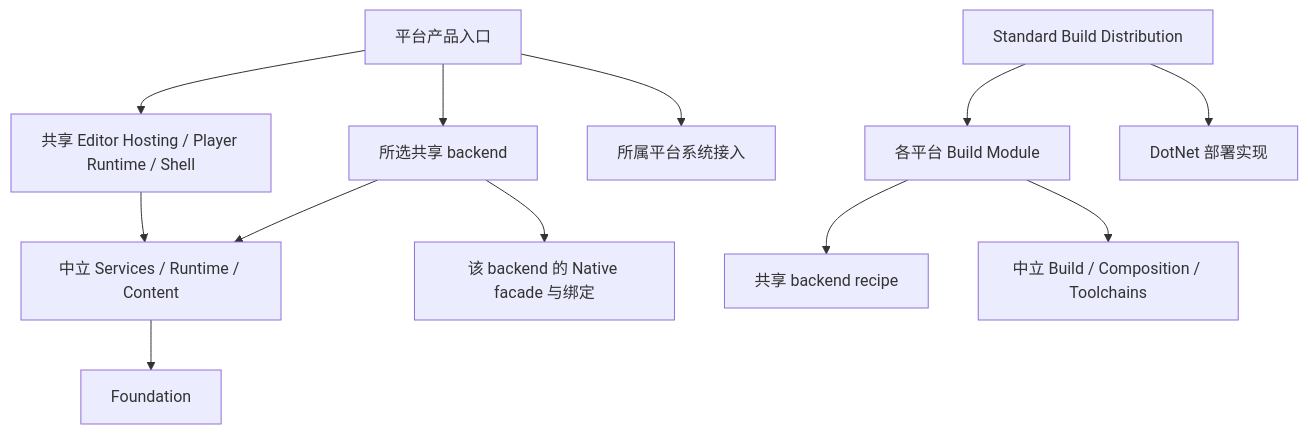
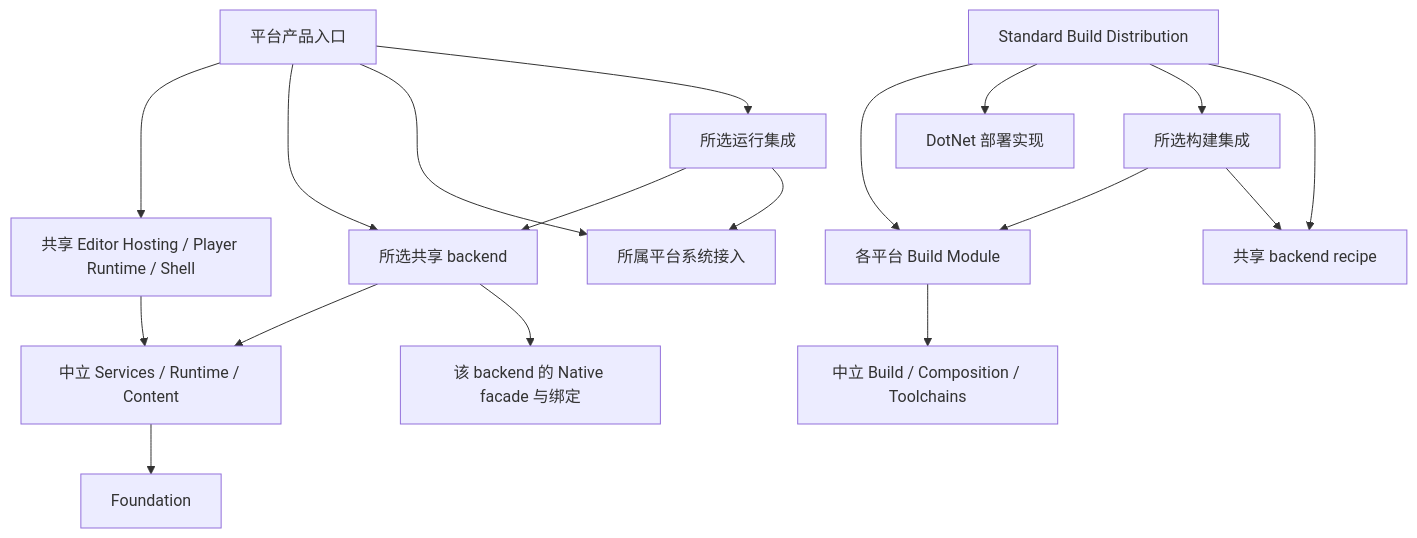
One commit to Wolfiora/InnoEngine changed the diagram in docs/architecture/ENGINE_ARCHITECTURE_OVERVIEW.md. Above: the diagram before and after it, drawn with Mermaid. The commit also changed other lines of this file and 559 other files, not shown here.

````diff
--- a/docs/architecture/ENGINE_ARCHITECTURE_OVERVIEW.md
+++ b/docs/architecture/ENGINE_ARCHITECTURE_OVERVIEW.md
@@ -22,14 +24,20 @@
 ```mermaid
 flowchart TD
     Product[平台产品入口] --> Host[共享 Editor Hosting / Player Runtime / Shell]
     Product --> Backend[所选共享 backend]
     Product --> System[所属平台系统接入]
+    Product --> RuntimeIntegration[所选运行集成]
+    RuntimeIntegration --> Backend
+    RuntimeIntegration --> System
     Host --> Domain[中立 Services / Runtime / Content]
     Backend --> Domain
     Backend --> Native[该 backend 的 Native facade 与绑定]
     Domain --> Foundation[Foundation]
     Distribution[Standard Build Distribution] --> PlatformBuild[各平台 Build Module]
     Distribution --> Managed[DotNet 部署实现]
-    PlatformBuild --> Recipe[共享 backend recipe]
+    Distribution --> BuildIntegration[所选构建集成]
+    Distribution --> Recipe[共享 backend recipe]
+    BuildIntegration --> PlatformBuild
+    BuildIntegration --> Recipe
     PlatformBuild --> Build[中立 Build / Composition / Toolchains]
 ```
````
